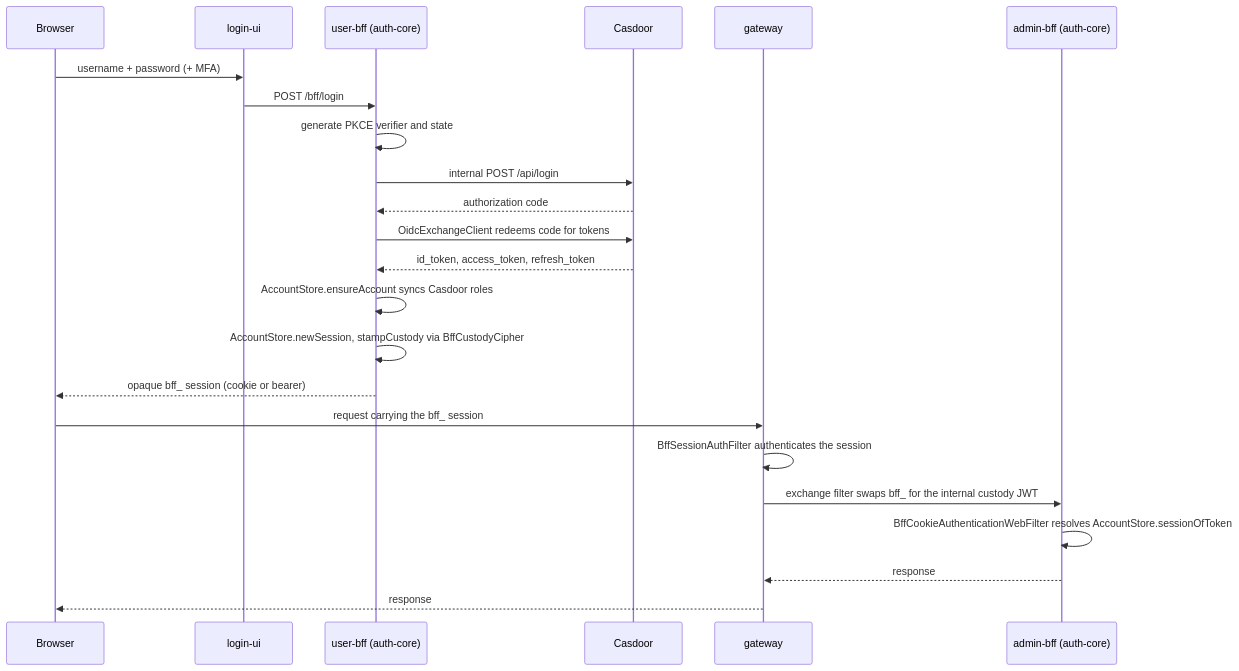
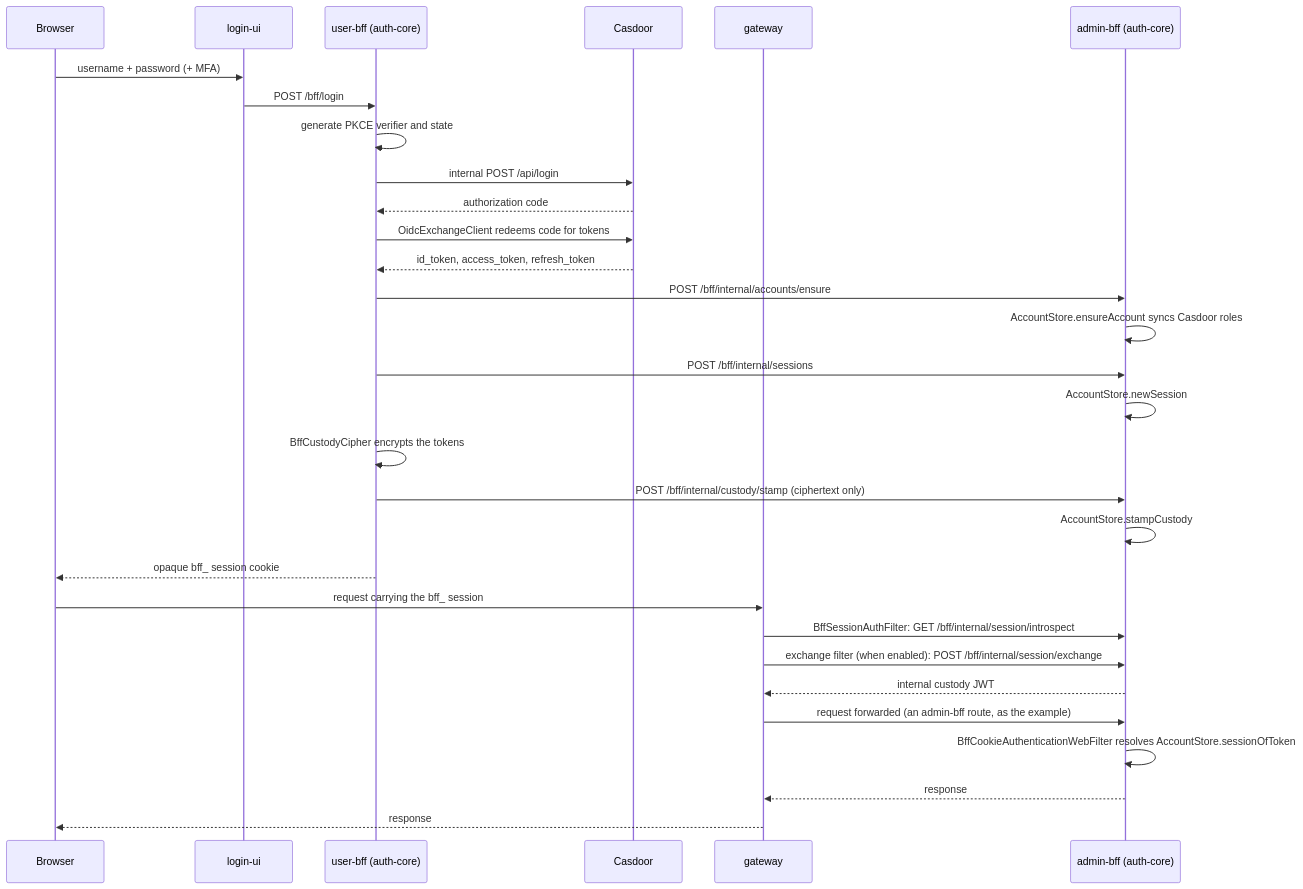
One commit to hugmesh/hugmesh.github.io changed the diagram in content/developer-guide/shared-auth-core.md. Above: the diagram before and after it, drawn with Mermaid. The commit also changed other lines of this file and 166 other files, not shown here.

````diff
--- a/content/developer-guide/shared-auth-core.md
+++ b/content/developer-guide/shared-auth-core.md
@@ -56,27 +63,34 @@
 ```mermaid
 sequenceDiagram
     participant Browser
     participant LoginUI as login-ui
     participant UserBFF as user-bff (auth-core)
     participant Casdoor
     participant Gateway as gateway
     participant AdminBFF as admin-bff (auth-core)
 
     Browser->>LoginUI: username + password (+ MFA)
     LoginUI->>UserBFF: POST /bff/login
     UserBFF->>UserBFF: generate PKCE verifier and state
     UserBFF->>Casdoor: internal POST /api/login
     Casdoor-->>UserBFF: authorization code
     UserBFF->>Casdoor: OidcExchangeClient redeems code for tokens
     Casdoor-->>UserBFF: id_token, access_token, refresh_token
-    UserBFF->>UserBFF: AccountStore.ensureAccount syncs Casdoor roles
-    UserBFF->>UserBFF: AccountStore.newSession, stampCustody via BffCustodyCipher
-    UserBFF-->>Browser: opaque bff_ session (cookie or bearer)
+    UserBFF->>AdminBFF: POST /bff/internal/accounts/ensure
+    AdminBFF->>AdminBFF: AccountStore.ensureAccount syncs Casdoor roles
+    UserBFF->>AdminBFF: POST /bff/internal/sessions
+    AdminBFF->>AdminBFF: AccountStore.newSession
+    UserBFF->>UserBFF: BffCustodyCipher encrypts the tokens
+    UserBFF->>AdminBFF: POST /bff/internal/custody/stamp (ciphertext only)
+    AdminBFF->>AdminBFF: AccountStore.stampCustody
+    UserBFF-->>Browser: opaque bff_ session cookie
 
     Browser->>Gateway: request carrying the bff_ session
-    Gateway->>Gateway: BffSessionAuthFilter authenticates the session
-    Gateway->>AdminBFF: exchange filter swaps bff_ for the internal custody JWT
+    Gateway->>AdminBFF: BffSessionAuthFilter: GET /bff/internal/session/introspect
+    Gateway->>AdminBFF: exchange filter (when enabled): POST /bff/internal/session/exchange
+    AdminBFF-->>Gateway: internal custody JWT
+    Gateway->>AdminBFF: request forwarded (an admin-bff route, as the example)
     AdminBFF->>AdminBFF: BffCookieAuthenticationWebFilter resolves AccountStore.sessionOfToken
     AdminBFF-->>Gateway: response
     Gateway-->>Browser: response
 ```
````
